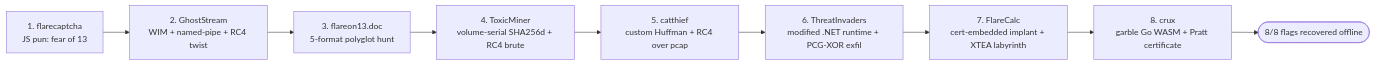
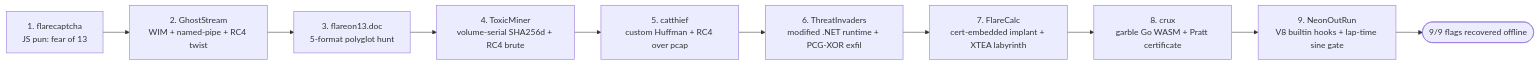
One commit to blackbeard666/flareon-13-2026-ai-writeups changed the diagram in writeups/README.md. Above: the diagram before and after it, drawn with Mermaid. The commit also changed other lines of this file and 653 other files, not shown here.

````diff
--- a/writeups/README.md
+++ b/writeups/README.md
@@ -23,11 +25,12 @@
 ```mermaid
 flowchart LR
     C1[1. flarecaptcha<br/>JS pun: fear of 13] --> C2[2. GhostStream<br/>WIM + named-pipe + RC4 twist]
     C2 --> C3[3. flareon13.doc<br/>5-format polyglot hunt]
     C3 --> C4[4. ToxicMiner<br/>volume-serial SHA256d + RC4 brute]
     C4 --> C5[5. catthief<br/>custom Huffman + RC4 over pcap]
     C5 --> C6[6. ThreatInvaders<br/>modified .NET runtime + PCG-XOR exfil]
     C6 --> C7[7. FlareCalc<br/>cert-embedded implant + XTEA labyrinth]
     C7 --> C8[8. crux<br/>garble Go WASM + Pratt certificate]
-    C8 --> DONE([8/8 flags recovered offline])
+    C8 --> C9[9. NeonOutRun<br/>V8 builtin hooks + lap-time sine gate]
+    C9 --> DONE([9/9 flags recovered offline])
 ```
````
